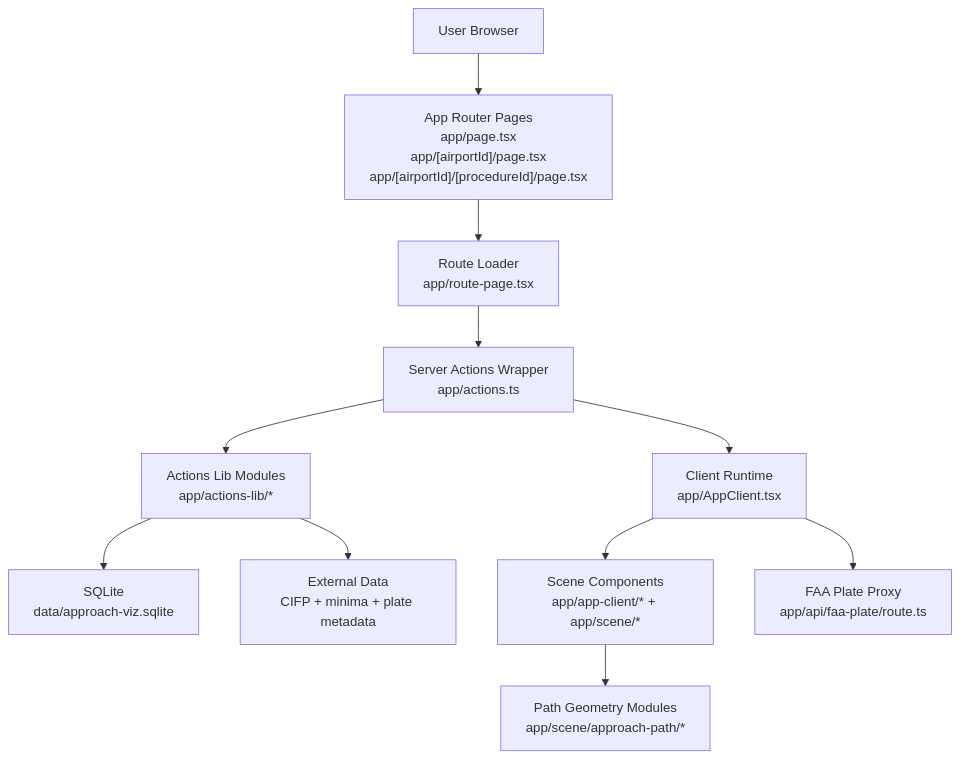
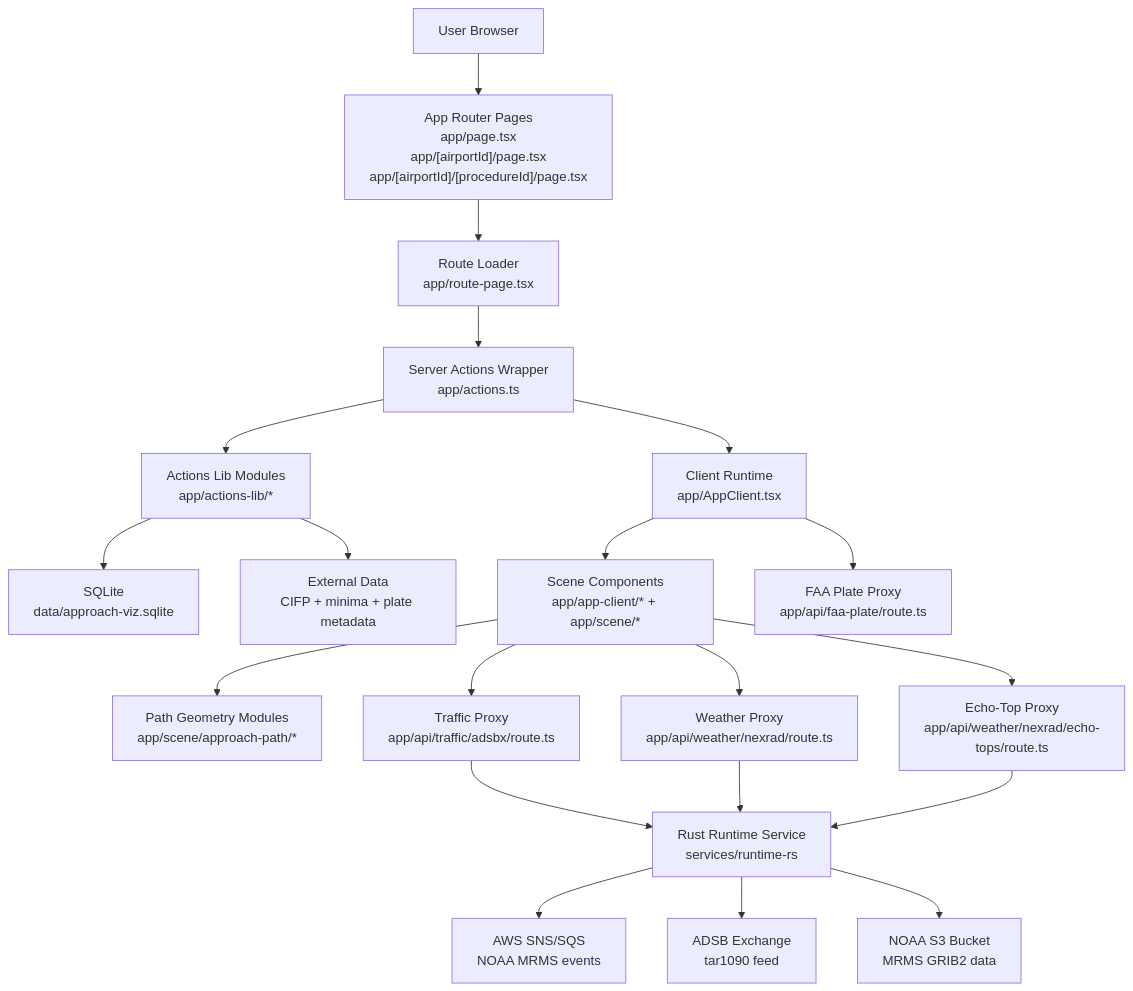
One commit to andyfangdz/approach-viz changed the diagram in docs/architecture-overview.md. Above: the diagram before and after it, drawn with Mermaid. The commit also changed other lines of this file and 8 other files, not shown here.

````diff
--- a/docs/architecture-overview.md
+++ b/docs/architecture-overview.md
@@ -7,13 +7,22 @@
 ```mermaid
 flowchart TD
   U["User Browser"] --> R["App Router Pages<br/>app/page.tsx<br/>app/[airportId]/page.tsx<br/>app/[airportId]/[procedureId]/page.tsx"]
   R --> L["Route Loader<br/>app/route-page.tsx"]
   L --> A["Server Actions Wrapper<br/>app/actions.ts"]
   A --> AL["Actions Lib Modules<br/>app/actions-lib/*"]
   AL --> DB["SQLite<br/>data/approach-viz.sqlite"]
   AL --> EXT["External Data<br/>CIFP + minima + plate metadata"]
   A --> C["Client Runtime<br/>app/AppClient.tsx"]
   C --> S["Scene Components<br/>app/app-client/* + app/scene/*"]
-  C --> P["FAA Plate Proxy<br/>app/api/faa-plate/route.ts"]
+  C --> PP["FAA Plate Proxy<br/>app/api/faa-plate/route.ts"]
   S --> G["Path Geometry Modules<br/>app/scene/approach-path/*"]
+  S --> TP["Traffic Proxy<br/>app/api/traffic/adsbx/route.ts"]
+  S --> WP["Weather Proxy<br/>app/api/weather/nexrad/route.ts"]
+  S --> EP["Echo-Top Proxy<br/>app/api/weather/nexrad/echo-tops/route.ts"]
+  TP --> RS["Rust Runtime Service<br/>services/runtime-rs"]
+  WP --> RS
+  EP --> RS
+  RS --> SQS["AWS SNS/SQS<br/>NOAA MRMS events"]
+  RS --> ADSB["ADSB Exchange<br/>tar1090 feed"]
+  RS --> S3["NOAA S3 Bucket<br/>MRMS GRIB2 data"]
 ```
````
